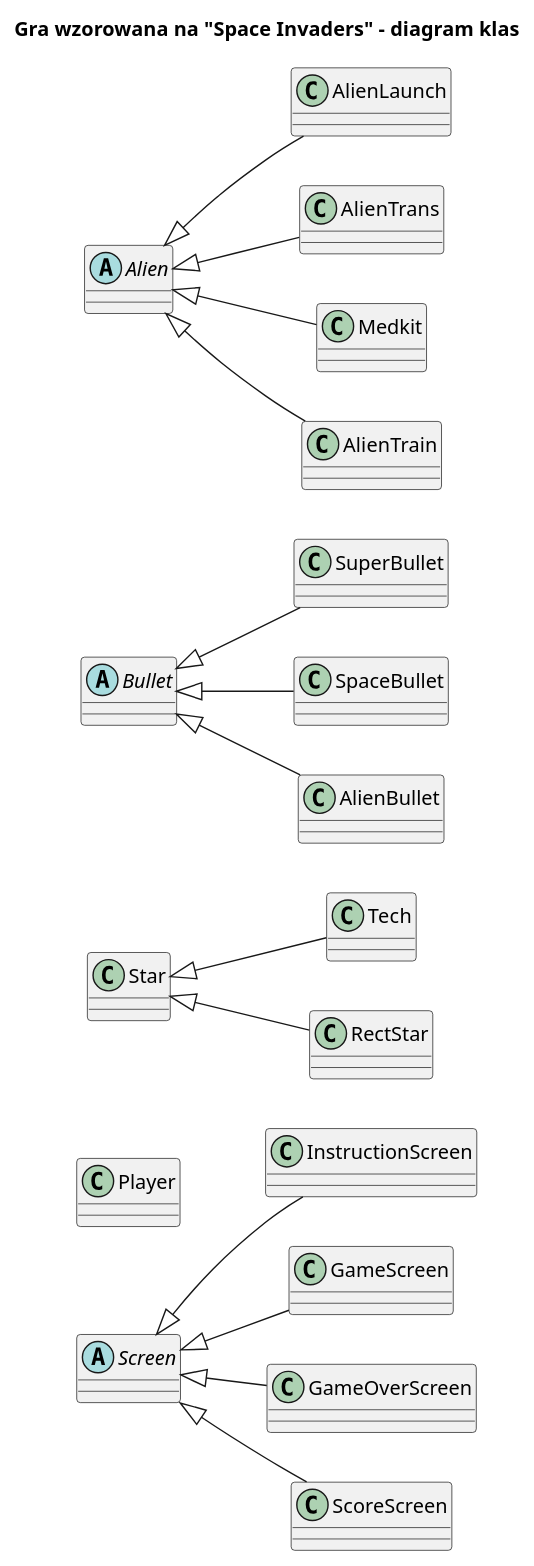
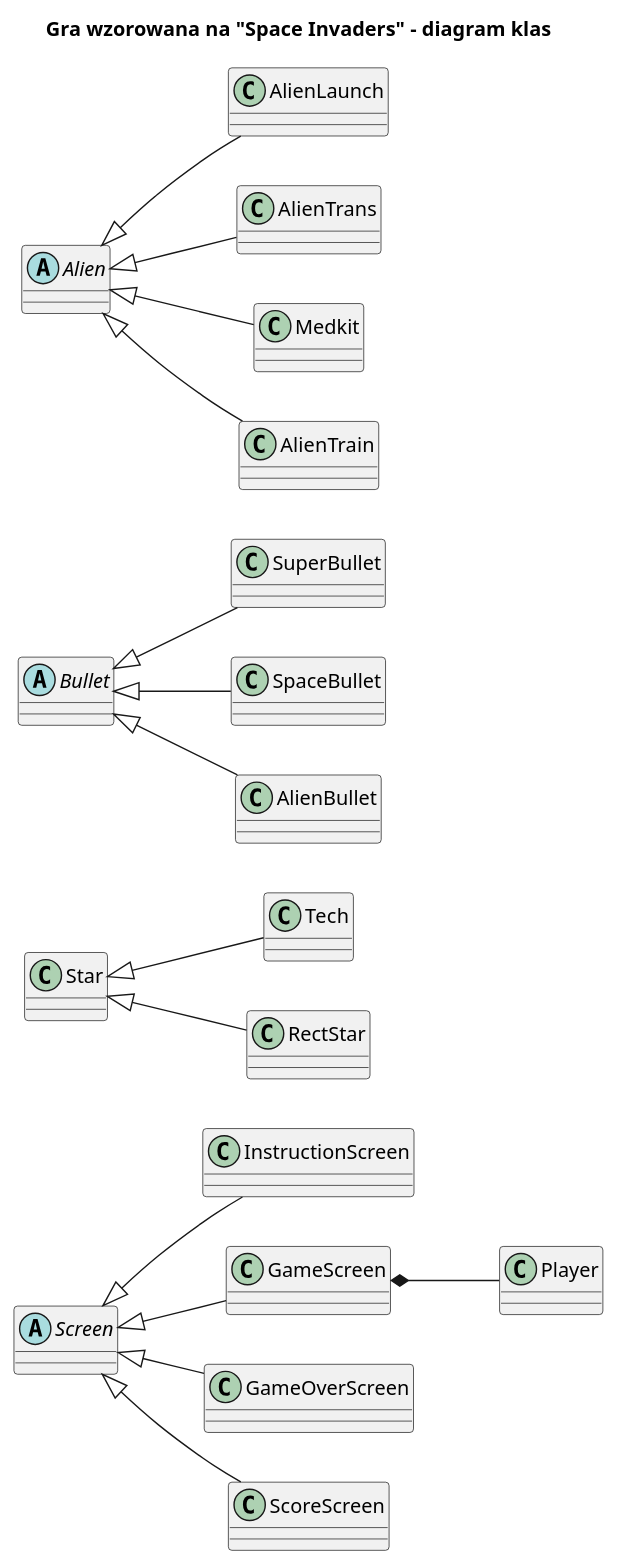
Before and after one commit to MichalWalusPOLSL/test: the diagram in Writerside/Screen.puml, drawn with PlantUML. The commit also changed 11 other files, not shown here.

Commit message:
aktualizacja diagramu klas

```diff
--- a/Writerside/Screen.puml
+++ b/Writerside/Screen.puml
@@ -1,47 +1,48 @@
 @startuml
 'https://plantuml.com/class-diagram
 
 left to right direction
 title Gra wzorowana na "Space Invaders" - diagram klas
 
 abstract class Screen
 class InstructionScreen
 class GameScreen
 class GameOverScreen
 class ScoreScreen
 
 Screen <|-- InstructionScreen
 Screen <|-- GameScreen
 Screen <|-- GameOverScreen
 Screen <|-- ScoreScreen
 
 class Player
+GameScreen *-- Player
 
 class Star
 class Tech
 class RectStar
 
 Star <|-- Tech
 Star <|-- RectStar
 
 abstract class Bullet
 class SuperBullet
 class SpaceBullet
 class AlienBullet
 
 Bullet <|-- SuperBullet
 Bullet <|-- SpaceBullet
 Bullet <|-- AlienBullet
 
 abstract class Alien
 class AlienLaunch
 class AlienTrans
 class Medkit
 class AlienTrain
 
 Alien <|-- AlienLaunch
 Alien <|-- AlienTrans
 Alien <|-- Medkit
 Alien <|-- AlienTrain
 
 @enduml
```
